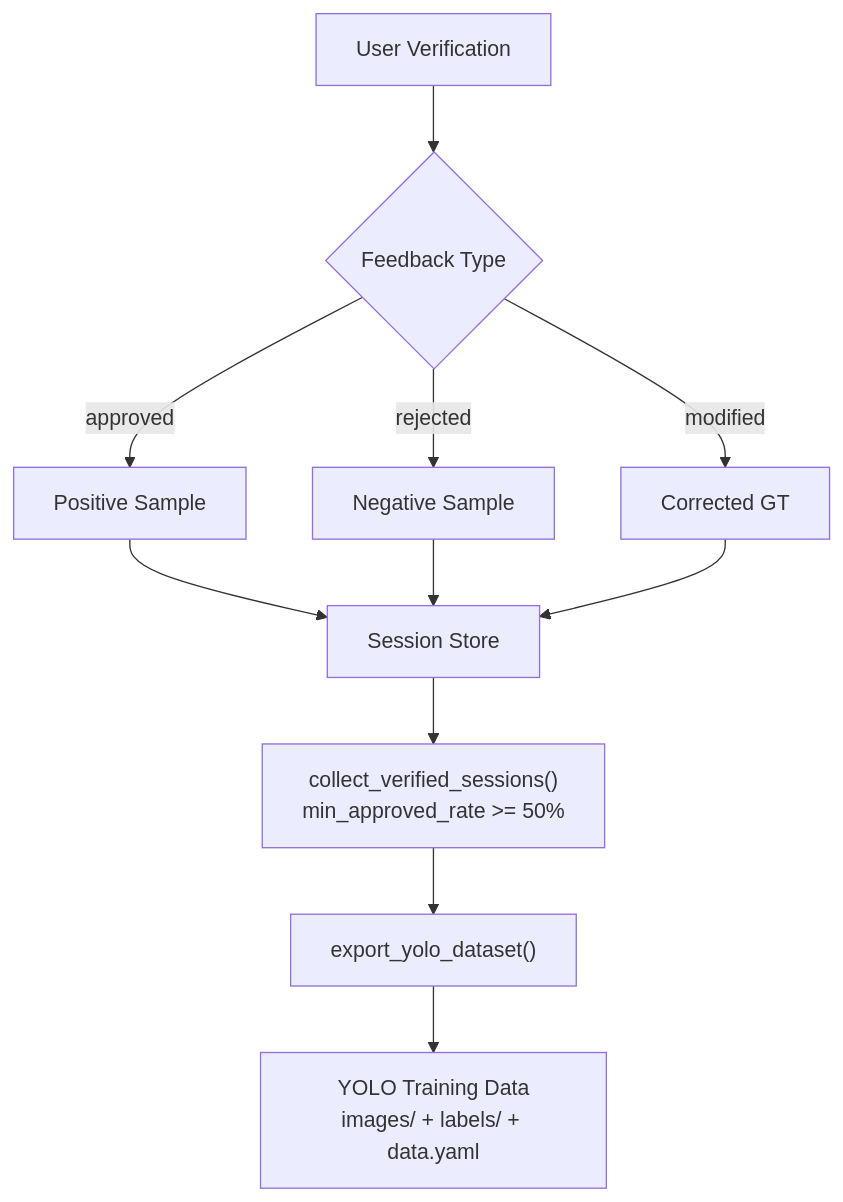
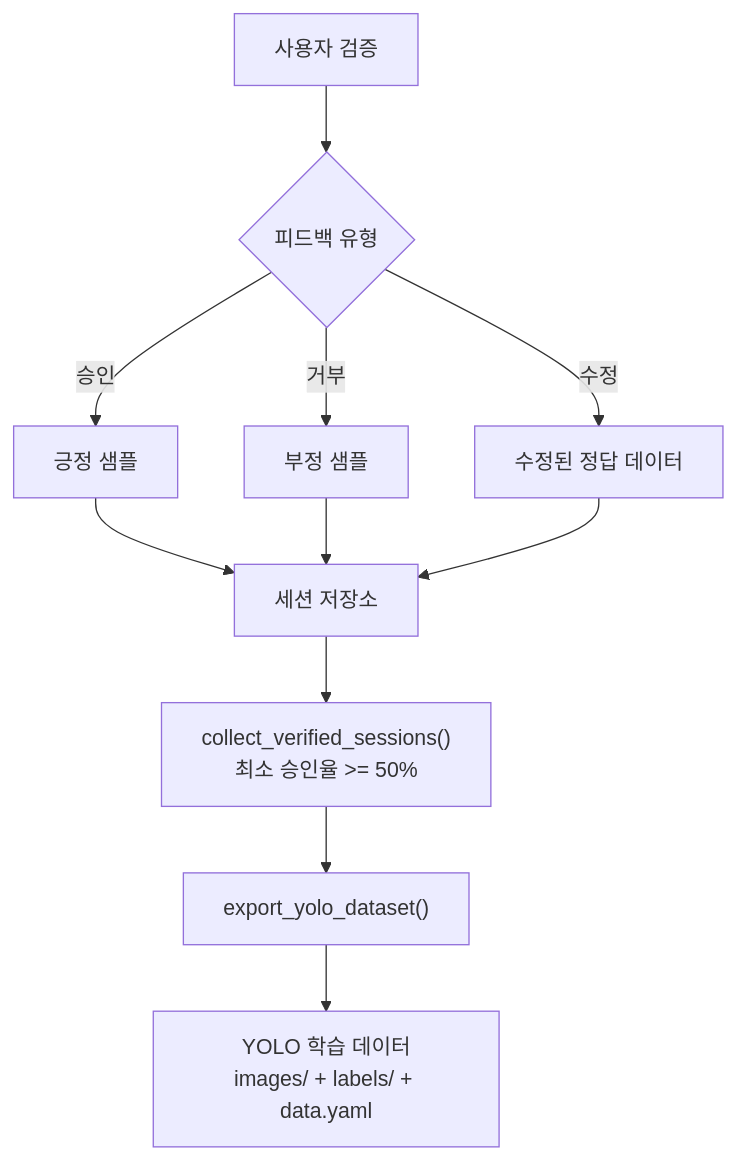
The first of 2 diagrams in docs-site/docs/quality-assurance/feedback-pipeline.md (uprootai/AX_OCR), drawn with Mermaid before and after one commit. The commit also changed other lines of this file and 64 other files, not shown here.

````diff
--- a/docs-site/docs/quality-assurance/feedback-pipeline.md
+++ b/docs-site/docs/quality-assurance/feedback-pipeline.md
@@ -13,14 +13,14 @@
 ```mermaid
 flowchart TD
-    USER["User Verification"] --> TYPE{"Feedback Type"}
-    TYPE -->|approved| APP["Positive Sample"]
-    TYPE -->|rejected| REJ["Negative Sample"]
-    TYPE -->|modified| MOD["Corrected GT"]
+    USER["사용자 검증"] --> TYPE{"피드백 유형"}
+    TYPE -->|승인| APP["긍정 샘플"]
+    TYPE -->|거부| REJ["부정 샘플"]
+    TYPE -->|수정| MOD["수정된 정답 데이터"]
 
-    APP --> STORE["Session Store"]
+    APP --> STORE["세션 저장소"]
     REJ --> STORE
     MOD --> STORE
-    STORE --> COLLECT["collect_verified_sessions()\nmin_approved_rate >= 50%"]
+    STORE --> COLLECT["collect_verified_sessions()\n최소 승인율 >= 50%"]
     COLLECT --> EXPORT["export_yolo_dataset()"]
-    EXPORT --> YOLO["YOLO Training Data\nimages/ + labels/ + data.yaml"]
+    EXPORT --> YOLO["YOLO 학습 데이터\nimages/ + labels/ + data.yaml"]
 ```
````
